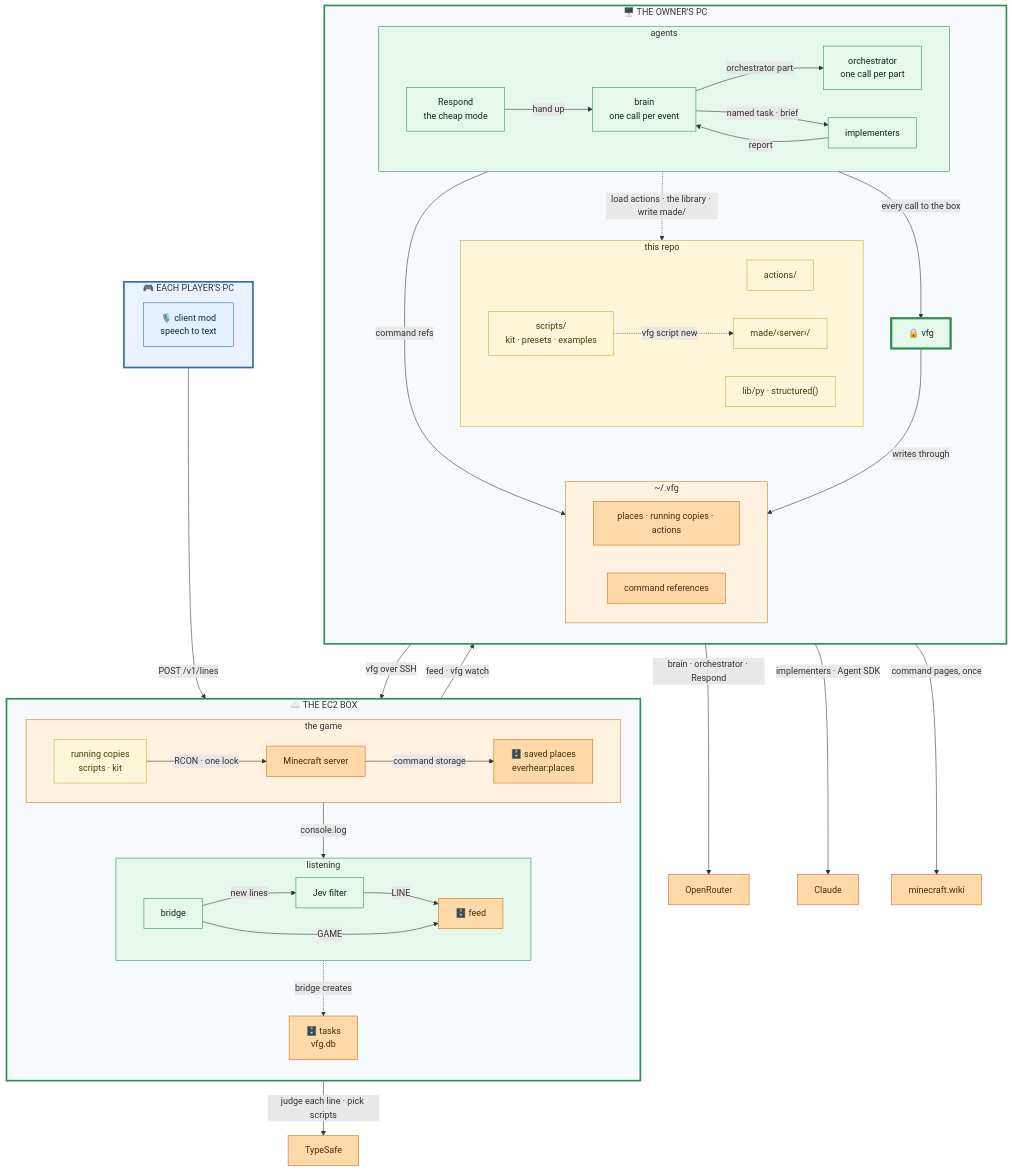
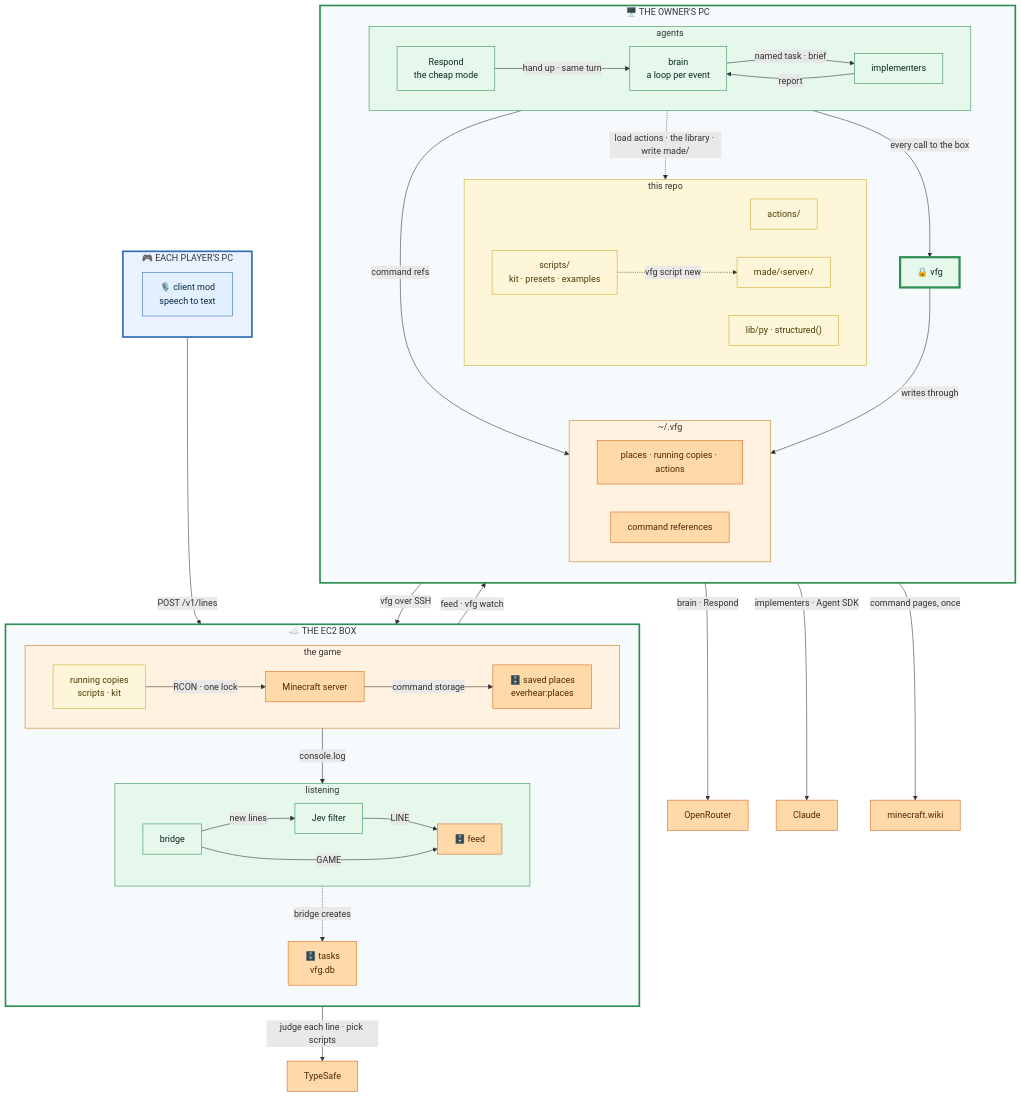
The diagram in README.md (jesse51002/everhear), drawn with Mermaid before and after one commit. The commit also changed other lines of this file and 66 other files, not shown here.

```diff
--- a/README.md
+++ b/README.md
@@ -39,12 +39,10 @@
   subgraph Owner["🖥️ THE OWNER'S PC"]
     direction TB
     subgraph Agents["agents"]
-      Brain["brain<br/>one call per event"]
+      Brain["brain<br/>a loop per event"]
       Respond["Respond<br/>the cheap mode"]
-      Orch["orchestrator<br/>one call per part"]
       Impl["implementers"]
-      Respond -->|"hand up"| Brain
-      Brain -->|"orchestrator part"| Orch
+      Respond -->|"hand up · same turn"| Brain
       Brain -->|"named task · brief"| Impl
       Impl -->|"report"| Brain
     end
@@ -75,7 +73,7 @@
   Box -->|"feed · vfg watch"| Owner
   Owner -->|"vfg over SSH"| Box
   Box -->|"judge each line · pick scripts"| TypeSafe
-  Owner -->|"brain · orchestrator · Respond"| OpenRouter
+  Owner -->|"brain · Respond"| OpenRouter
   Owner -->|"implementers · Agent SDK"| Claude
   Owner -->|"command pages, once"| Wiki
 
@@ -85,7 +83,7 @@
   classDef ext    fill:#ffd9a8,stroke:#d2691e,color:#4a2c08;
   classDef tool   fill:#fdf6d8,stroke:#caab2f,color:#4a3d08;
   class Mod client;
-  class Bridge,Jev,Brain,Respond,Orch,Impl,Vfg svc;
+  class Bridge,Jev,Brain,Respond,Impl,Vfg svc;
   class Feed,Tasks,MC,Places,Cache,Refs,TypeSafe,OpenRouter,Claude,Wiki ext;
   class Run,Actions,Library,Made,Lib tool;
   style Player fill:#eaf2ff,stroke:#2f6fb0,stroke-width:3px;
```
